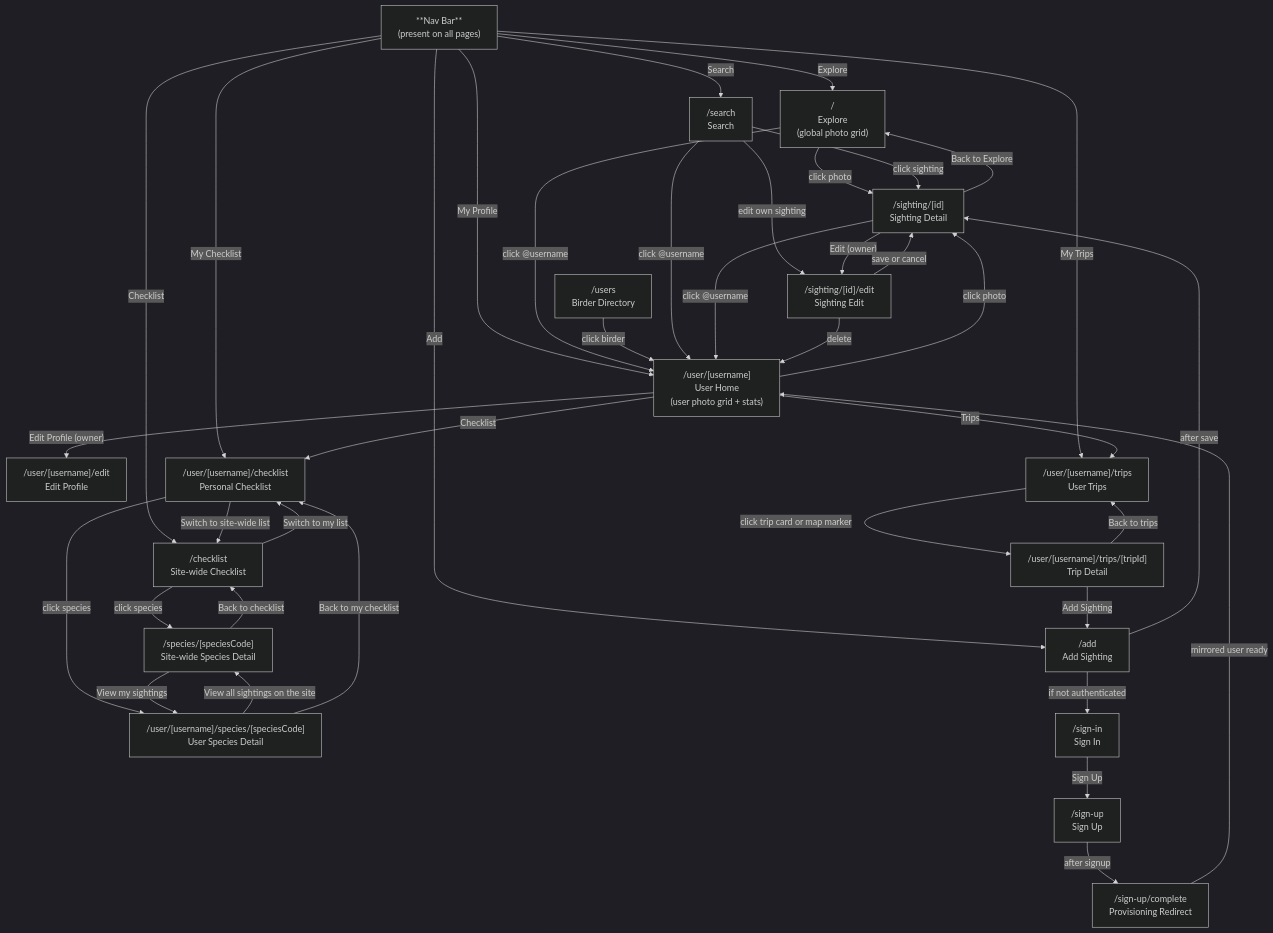
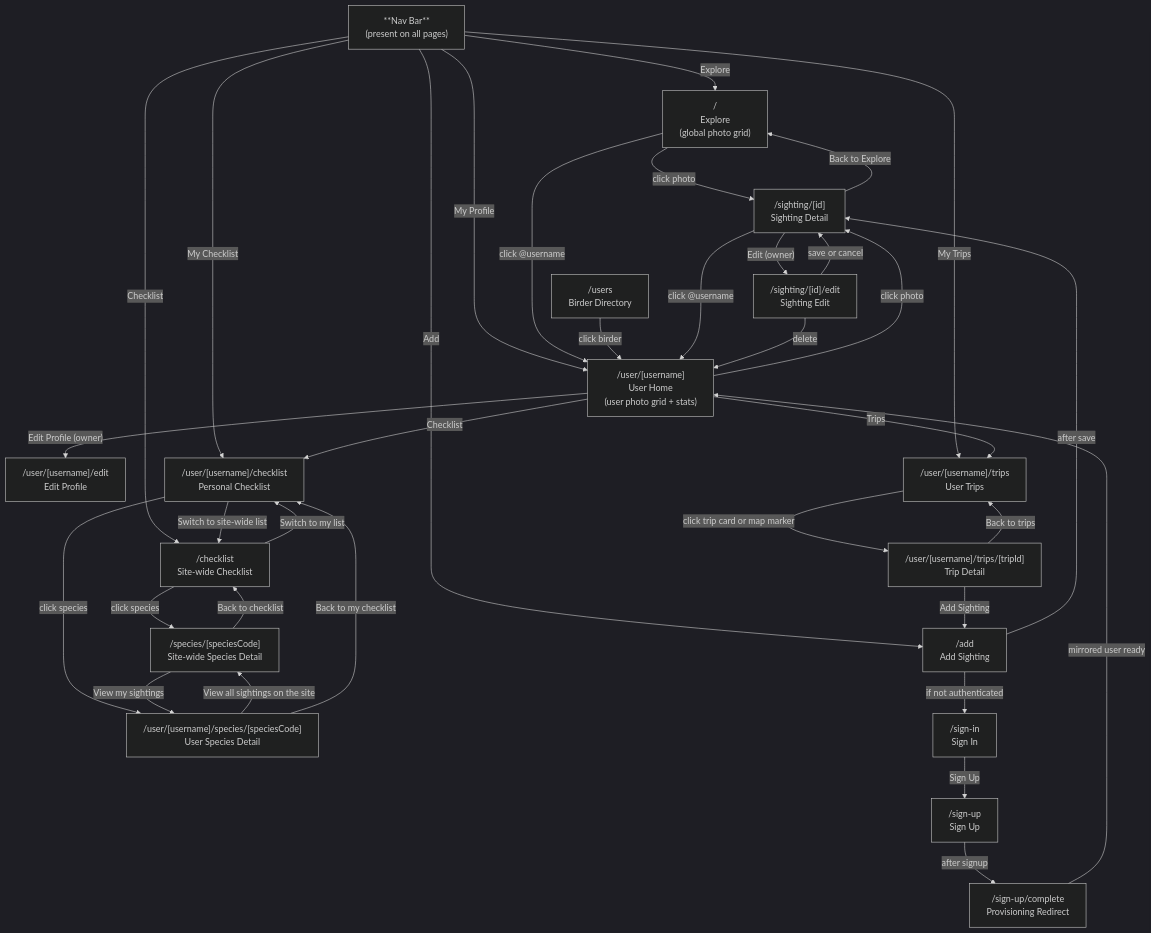
The diagram in docs/site-layout.md (kkrausse/random), drawn with Mermaid (dark theme) before and after one commit. The commit also changed other lines of this file and 5 other files, not shown here.

````diff
--- a/docs/site-layout.md
+++ b/docs/site-layout.md
@@ -33,68 +32,62 @@
 ```mermaid
 flowchart TD
     Nav["**Nav Bar**\n(present on all pages)"]
 
     Explore["/\nExplore\n(global photo grid)"]
     User["/user/[username]\nUser Home\n(user photo grid + stats)"]
     UserEdit["/user/[username]/edit\nEdit Profile"]
     UserTrips["/user/[username]/trips\nUser Trips"]
     UserTripDetail["/user/[username]/trips/[tripId]\nTrip Detail"]
     UserChecklist["/user/[username]/checklist\nPersonal Checklist"]
     UserSpeciesDetail["/user/[username]/species/[speciesCode]\nUser Species Detail"]
     SiteChecklist["/checklist\nSite-wide Checklist"]
     Users["/users\nBirder Directory"]
     SpeciesDetail["/species/[speciesCode]\nSite-wide Species Detail"]
-    Search["/search\nSearch"]
     SightingDetail["/sighting/[id]\nSighting Detail"]
     SightingEdit["/sighting/[id]/edit\nSighting Edit"]
     AddSighting["/add\nAdd Sighting"]
     SignIn["/sign-in\nSign In"]
     SignUp["/sign-up\nSign Up"]
     SignUpComplete["/sign-up/complete\nProvisioning Redirect"]
 
     Nav -->|"Explore"| Explore
     Nav -->|"My Profile"| User
     Nav -->|"My Trips"| UserTrips
     Nav -->|"My Checklist"| UserChecklist
     Nav -->|"Checklist"| SiteChecklist
-    Nav -->|"Search"| Search
     Nav -->|"Add"| AddSighting
 
     Explore -->|"click photo"| SightingDetail
     Explore -->|"click @username"| User
 
     User -->|"Edit Profile (owner)"| UserEdit
     User -->|"click photo"| SightingDetail
     User -->|"Trips"| UserTrips
     User -->|"Checklist"| UserChecklist
 
     UserTrips -->|"click trip card or map marker"| UserTripDetail
     UserTripDetail -->|"Back to trips"| UserTrips
     UserTripDetail -->|"Add Sighting"| AddSighting
 
     UserChecklist -->|"Switch to site-wide list"| SiteChecklist
     UserChecklist -->|"click species"| UserSpeciesDetail
     SiteChecklist -->|"Switch to my list"| UserChecklist
     SiteChecklist -->|"click species"| SpeciesDetail
     UserSpeciesDetail -->|"View all sightings on the site"| SpeciesDetail
     UserSpeciesDetail -->|"Back to my checklist"| UserChecklist
     SpeciesDetail -->|"View my sightings"| UserSpeciesDetail
     SpeciesDetail -->|"Back to checklist"| SiteChecklist
 
     Users -->|"click birder"| User
-    Search -->|"click sighting"| SightingDetail
-    Search -->|"edit own sighting"| SightingEdit
-    Search -->|"click @username"| User
-
     SightingDetail -->|"Back to Explore"| Explore
     SightingDetail -->|"click @username"| User
     SightingDetail -->|"Edit (owner)"| SightingEdit
     SightingEdit -->|"save or cancel"| SightingDetail
     SightingEdit -->|"delete"| User
 
     AddSighting -->|"if not authenticated"| SignIn
     AddSighting -->|"after save"| SightingDetail
     SignIn -->|"Sign Up"| SignUp
     SignUp -->|"after signup"| SignUpComplete
     SignUpComplete -->|"mirrored user ready"| User
 ```
````
